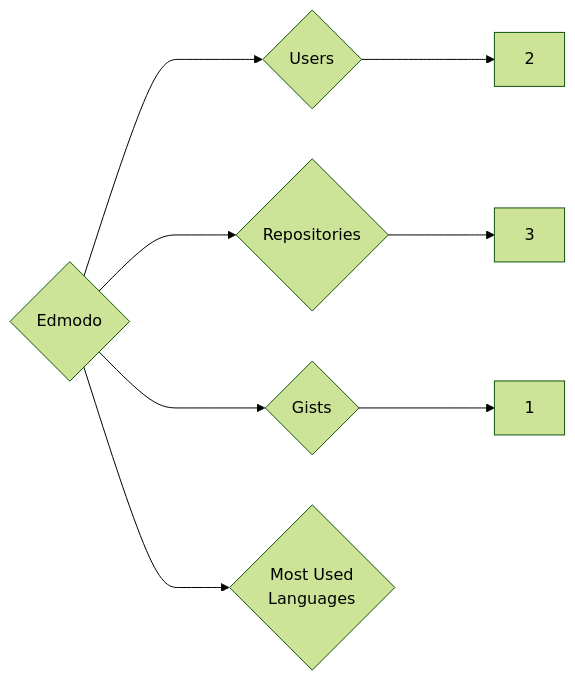
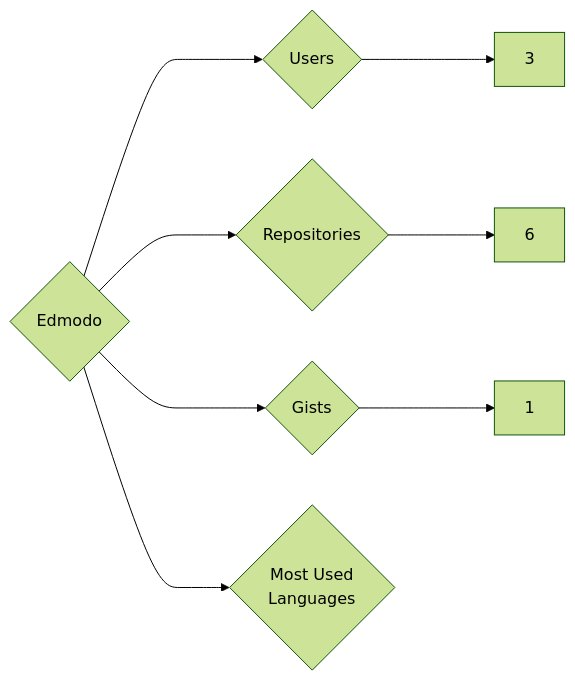
The diagram in targets/Edmodo/README.md (trickest/insiders), drawn with Mermaid (forest theme) before and after one commit. The commit also changed 773 other files, not shown here.

````diff
--- a/targets/Edmodo/README.md
+++ b/targets/Edmodo/README.md
@@ -3,8 +3,8 @@
 ```mermaid
 graph LR
 COMPANY_NAME{Edmodo}
-COMPANY_NAME ---> U{Users} ---> UN[2]
-COMPANY_NAME ---> R{Repositories} ---> RN[3]
+COMPANY_NAME ---> U{Users} ---> UN[3]
+COMPANY_NAME ---> R{Repositories} ---> RN[6]
 COMPANY_NAME ---> G{Gists} ---> GN[1]
 COMPANY_NAME ---> ML{Most Used<br>Languages}
 ```
````
